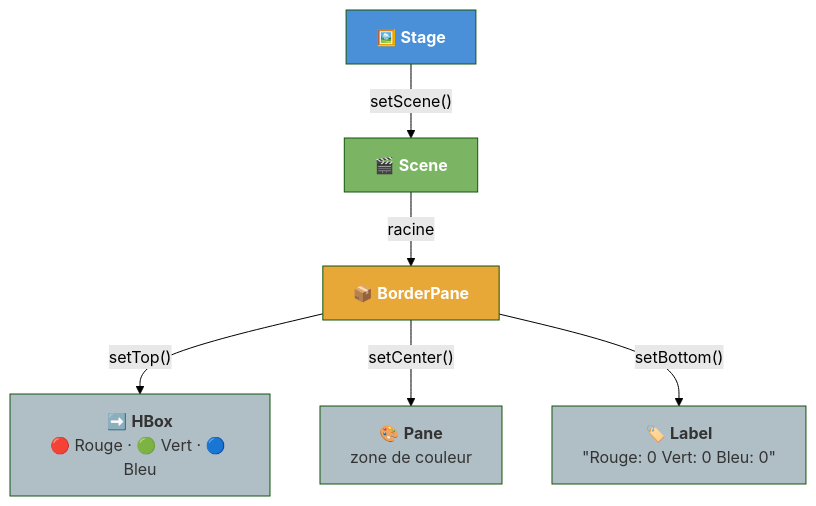
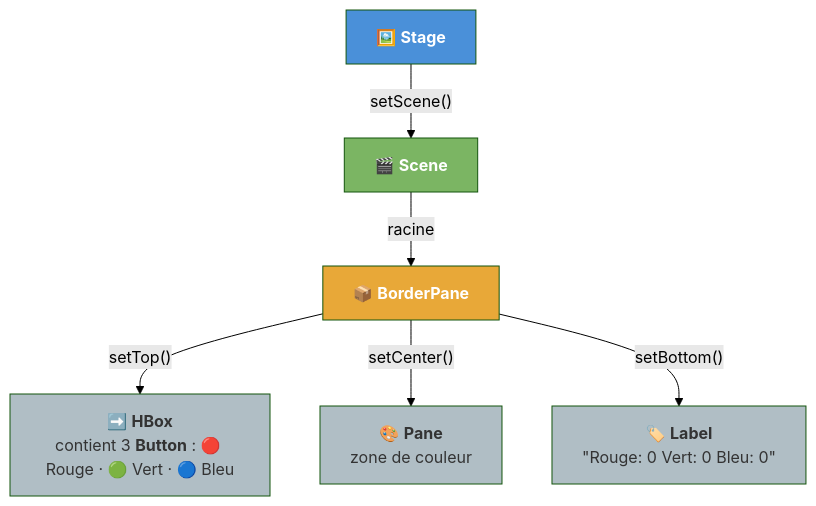
One commit to IUTInfoAix-R202-2026/tp1-Chtioui-1 changed the fifth of 5 diagrams in README.md. Above: the diagram before and after it, drawn with Mermaid (forest theme).

Commit message:
docs(tp1): précise que le HBox contient 3 Button dans le graphe exo 6

````diff
--- a/README.md
+++ b/README.md
@@ -976,15 +976,15 @@
 ```mermaid
 graph TD
     ST["🖼️ <b>Stage</b>"] -->|"setScene()"| S["🎬 <b>Scene</b>"]
     S -->|"racine"| BP["📦 <b>BorderPane</b>"]
-    BP -->|"setTop()"| H["➡️ <b>HBox</b><br/>🔴 Rouge · 🟢 Vert · 🔵 Bleu"]
+    BP -->|"setTop()"| H["➡️ <b>HBox</b><br/>contient 3 <b>Button</b> : 🔴 Rouge · 🟢 Vert · 🔵 Bleu"]
     BP -->|"setCenter()"| Z["🎨 <b>Pane</b><br/>zone de couleur"]
     BP -->|"setBottom()"| L["🏷️ <b>Label</b><br/>&quot;Rouge: 0  Vert: 0  Bleu: 0&quot;"]
 
     style ST fill:#4a90d9,color:white
     style S fill:#7bb563,color:white
     style BP fill:#e8a838,color:white
     style H fill:#b0bec5,color:#333
     style Z fill:#b0bec5,color:#333
     style L fill:#b0bec5,color:#333
 ```
````
